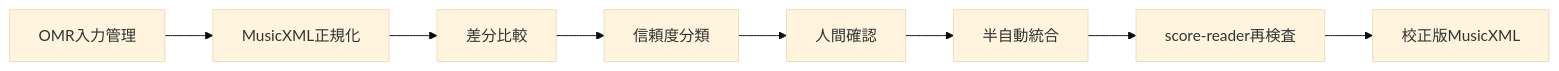
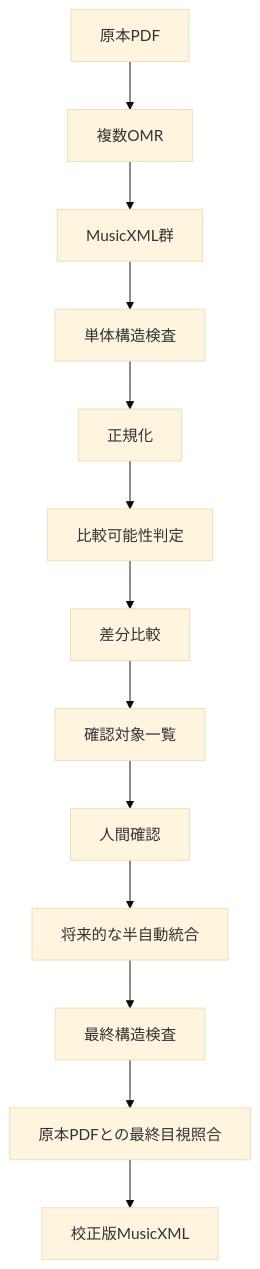
The fifth of 6 diagrams in docs/design/MULTI_OMR_BASIC_DESIGN.md (t-oikawa-sendai/score-reader), drawn with Mermaid (base theme) before and after one commit. The commit also changed other lines of this file, not shown here.

````diff
--- a/docs/design/MULTI_OMR_BASIC_DESIGN.md
+++ b/docs/design/MULTI_OMR_BASIC_DESIGN.md
@@ -157,10 +362,15 @@
 ```mermaid
-flowchart LR
-    A[OMR入力管理] --> B[MusicXML正規化]
-    B --> C[差分比較]
-    C --> D[信頼度分類]
-    D --> E[人間確認]
-    E --> F[半自動統合]
-    F --> G[score-reader再検査]
-    G --> H[校正版MusicXML]
+flowchart TD
+    A[原本PDF] --> B[複数OMR]
+    B --> C[MusicXML群]
+    C --> D[単体構造検査]
+    D --> E[正規化]
+    E --> F[比較可能性判定]
+    F --> G[差分比較]
+    G --> H[確認対象一覧]
+    H --> I[人間確認]
+    I --> J[将来的な半自動統合]
+    J --> K[最終構造検査]
+    K --> L[原本PDFとの最終目視照合]
+    L --> M[校正版MusicXML]
 ```
````
